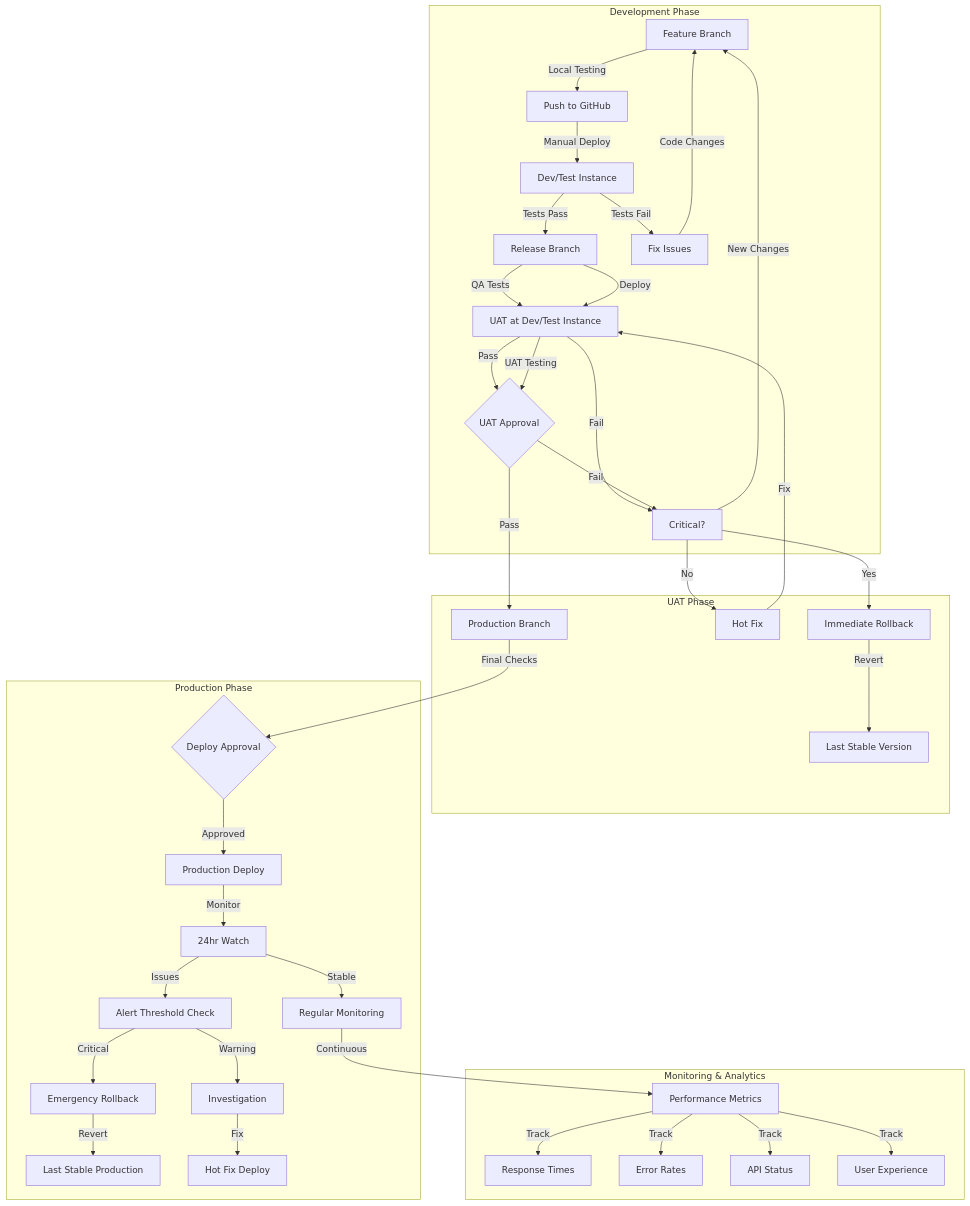
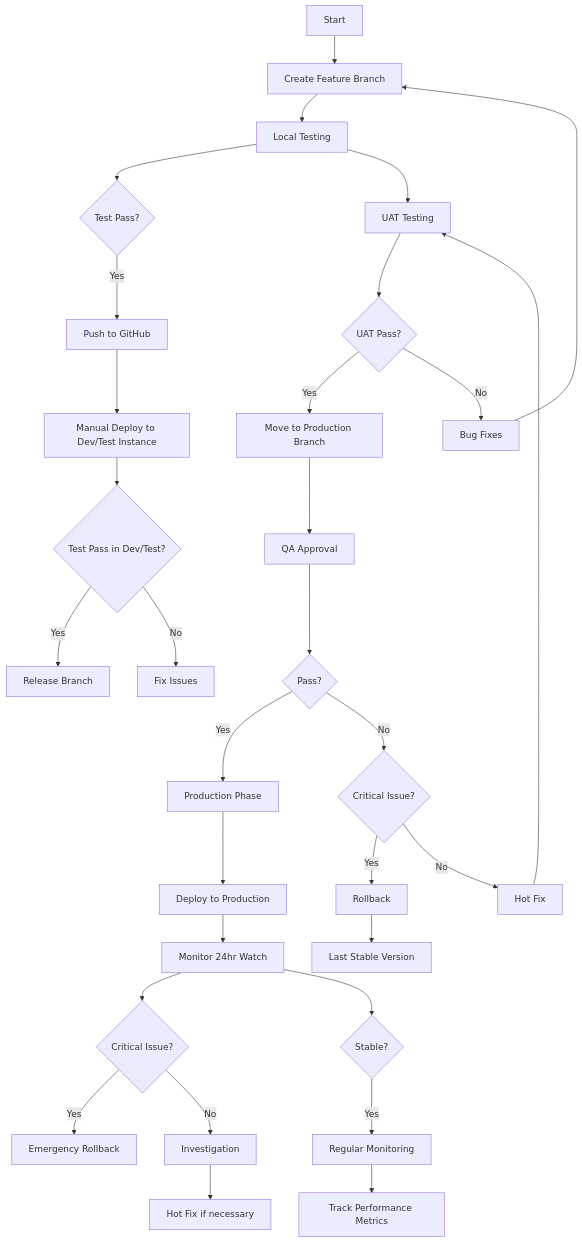
Before and after one commit to balajiudayagiri/work-planning: the diagram in deployments-plan-for-fast-peak-deployments.md, drawn with Mermaid.

````diff
--- a/deployments-plan-for-fast-peak-deployments.md
+++ b/deployments-plan-for-fast-peak-deployments.md
@@ -3,58 +3,34 @@
 ```mermaid
 graph TD
-   subgraph Development Phase
-        A[Feature Branch] -->|Local Testing| B[Push to GitHub]
-        B -->|Manual Deploy| C[Dev/Test Instance]
-        
-        C -->|Tests Pass| E[Release Branch]
-        C -->|Tests Fail| D[Fix Issues]
-        
-        D -->|Code Changes| A
-        
-        E -->|QA Tests| F{QA Approval}
-        F -->|Pass| G[Proceed to Release]
-        F -->|Fail| H[Bug Fixes]
-        
-        H -->|New Changes| A
-    end
-
-    subgraph UAT Phase
-        E -->|Deploy| F[UAT at Dev/Test Instance]
-        F -->|UAT Testing| G{UAT Approval}
-        
-        G -->|Fail| H[Critical?]
-        H -->|Yes| I[Immediate Rollback]
-        H -->|No| J[Hot Fix]
-        
-        I -->|Revert| K[Last Stable Version]
-        J -->|Fix| F
-        
-        G -->|Pass| L[Production Branch]
-    end
-
-    subgraph Production Phase
-        L -->|Final Checks| M{Deploy Approval}
-        M -->|Approved| N[Production Deploy]
-        
-        N -->|Monitor| O[24hr Watch]
-        O -->|Issues| P[Alert Threshold Check]
-        
-        P -->|Critical| Q[Emergency Rollback]
-        P -->|Warning| R[Investigation]
-        
-        Q -->|Revert| S[Last Stable Production]
-        R -->|Fix| T[Hot Fix Deploy]
-        
-        O -->|Stable| U[Regular Monitoring]
-    end
-
-    subgraph Monitoring & Analytics
-        U -->|Continuous| V[Performance Metrics]
-        V -->|Track| W[Response Times]
-        V -->|Track| X[Error Rates]
-        V -->|Track| Y[API Status]
-        V -->|Track| Z[User Experience]
-    end
-
-   
+  A["Start"]
+  A --> B["Create Feature Branch"]
+  B --> C["Local Testing"]
+  C --> D{"Test Pass?"}
+  D -->|"Yes"| E["Push to GitHub"]
+  E --> F["Manual Deploy to Dev/Test Instance"]
+  F --> G{"Test Pass in Dev/Test?"}
+  G -->|"Yes"| H["Release Branch"]
+  G -->|"No"| I["Fix Issues"]
+  C --> J["UAT Testing"]
+  J --> K{"UAT Pass?"}
+  K -->|"Yes"| L["Move to Production Branch"]
+  L --> M["QA Approval"]
+  M --> N{"Pass?"}
+  N -->|"Yes"| O["Production Phase"]
+  N -->|"No"| P{"Critical Issue?"}
+  P -->|"Yes"| Q["Rollback"]
+  Q --> R["Last Stable Version"]
+  P -->|"No"| S["Hot Fix"]
+  S --> J
+  K -->|"No"| T["Bug Fixes"]
+  T --> B
+  O --> U["Deploy to Production"]
+  U --> V["Monitor 24hr Watch"]
+  V --> W{"Critical Issue?"}
+  W -->|"Yes"| X["Emergency Rollback"]
+  W -->|"No"| Y["Investigation"]
+  Y --> Z["Hot Fix if necessary"]
+  V --> AA{"Stable?"}
+  AA -->|"Yes"| AB["Regular Monitoring"]
+  AB --> AC["Track Performance Metrics"]
 ```
````
